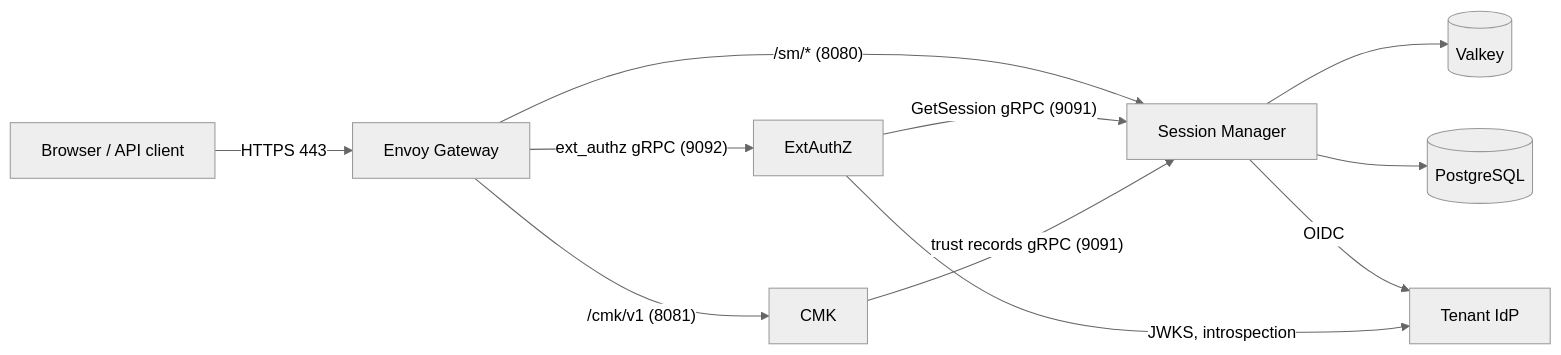
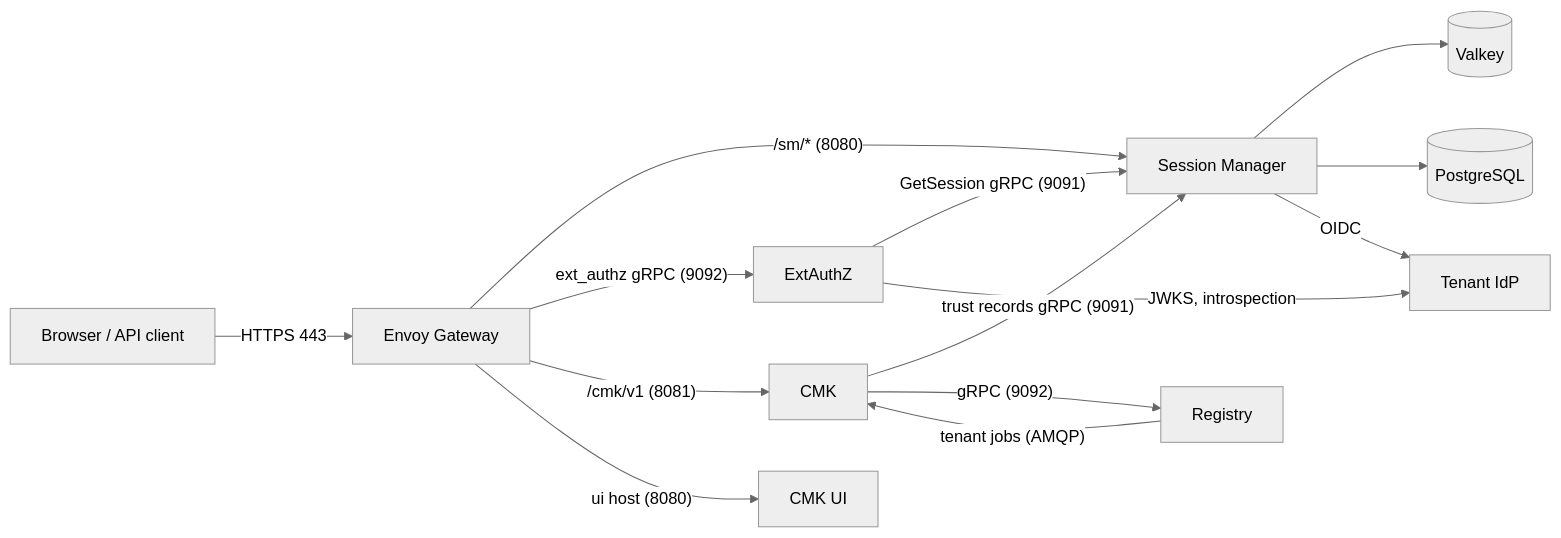
One commit to openkcm/openkcm.github.io changed the diagram in docs/components/cmk/security/configuration.md. Above: the diagram before and after it, drawn with Mermaid (neutral theme). The commit also changed other lines of this file and 27 other files, not shown here.

````diff
--- a/docs/components/cmk/security/configuration.md
+++ b/docs/components/cmk/security/configuration.md
@@ -36,13 +80,16 @@
 ```mermaid
 flowchart LR
     B["Browser / API client"] -- "HTTPS 443" --> E["Envoy Gateway"]
     E -- "/sm/* (8080)" --> SM["Session Manager"]
     E -- "ext_authz gRPC (9092)" --> X["ExtAuthZ"]
     X -- "GetSession gRPC (9091)" --> SM
     E -- "/cmk/v1 (8081)" --> C["CMK"]
+    E -- "ui host (8080)" --> UI["CMK UI"]
     C -- "trust records gRPC (9091)" --> SM
+    C -- "gRPC (9092)" --> R["Registry"]
+    R -- "tenant jobs (AMQP)" --> C
     SM --> V[("Valkey")]
     SM --> P[("PostgreSQL")]
     SM -- "OIDC" --> I["Tenant IdP"]
     X -- "JWKS, introspection" --> I
 ```
````
